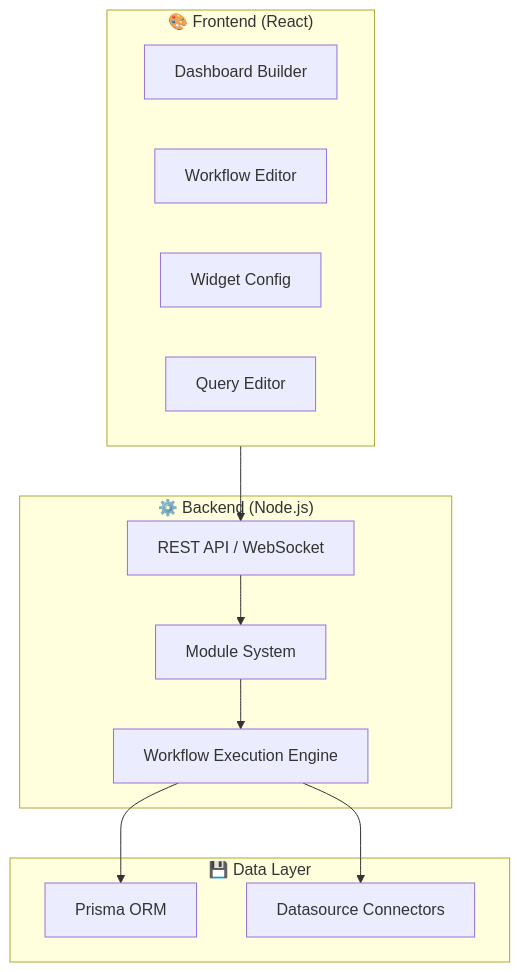
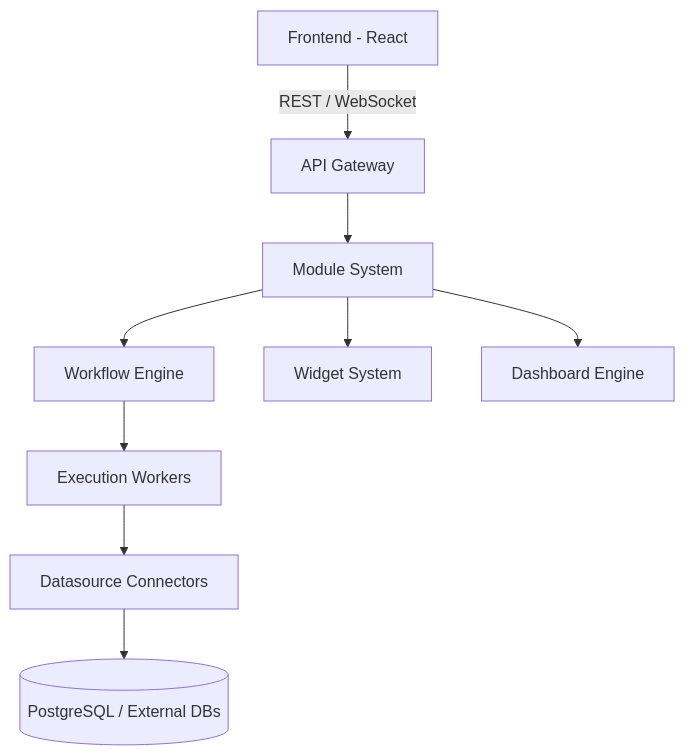
Before and after one commit to Jet-labs/jet-admin: the first of 2 diagrams in README.md, drawn with Mermaid. The commit also changed other lines of this file, not shown here.

````diff
--- a/README.md
+++ b/README.md
@@ -263,26 +111,11 @@
 ```mermaid
-graph TB
-    subgraph Frontend["🎨 Frontend (React)"]
-        DB[Dashboard Builder]
-        WE[Workflow Editor]
-        WC[Widget Config]
-        QE[Query Editor]
-    end
-    
-    subgraph Backend["⚙️ Backend (Node.js)"]
-        API[REST API / WebSocket]
-        MS[Module System]
-        WEE[Workflow Execution Engine]
-    end
-    
-    subgraph Data["💾 Data Layer"]
-        P[Prisma ORM]
-        DC[Datasource Connectors]
-    end
-    
-    Frontend --> API
-    API --> MS
-    MS --> WEE
-    WEE --> P
-    WEE --> DC
+graph TD
+    A[Frontend - React] -->|REST / WebSocket| B[API Gateway]
+    B --> C[Module System]
+    C --> D[Workflow Engine]
+    D --> E[Execution Workers]
+    E --> F[Datasource Connectors]
+    F --> G[(PostgreSQL / External DBs)]
+    C --> H[Widget System]
+    C --> I[Dashboard Engine]
 ```
````
